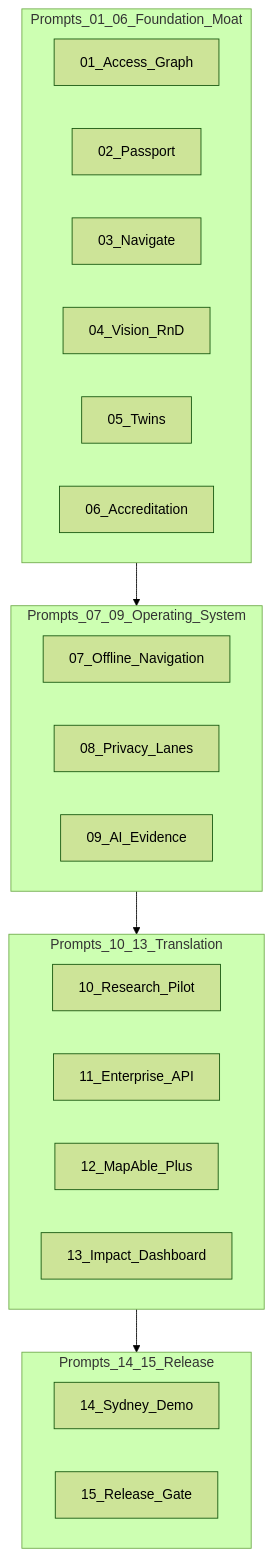
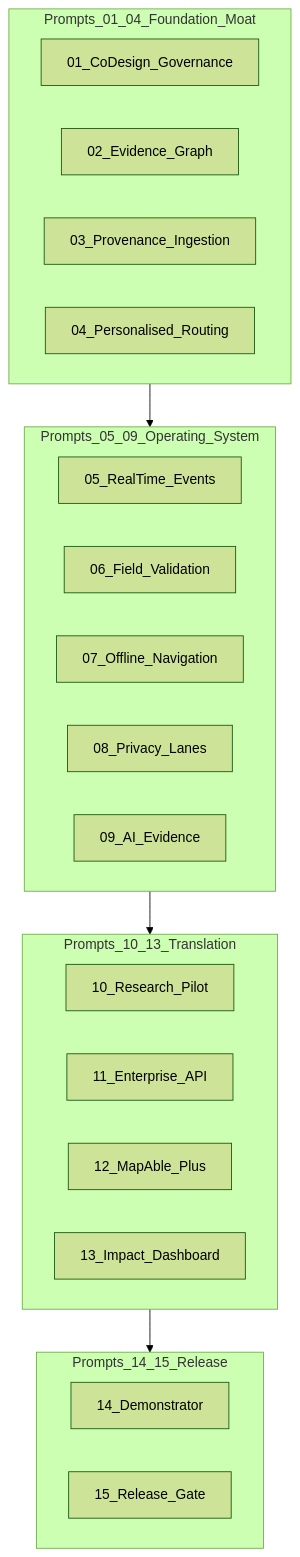
Before and after one commit to ausdisau/mapableau-new: the diagram in docs/superpowers/plans/00-orchestrator.md, drawn with Mermaid (forest theme). The commit also changed other lines of this file and 25 other files, not shown here.

Commit message:
docs: establish MapAble innovation architecture baseline

````diff
--- a/docs/superpowers/plans/00-orchestrator.md
+++ b/docs/superpowers/plans/00-orchestrator.md
@@ -62,29 +72,29 @@
 ```mermaid
 flowchart TD
-  subgraph foundation [Prompts_01_06_Foundation_Moat]
-    P01[01_Access_Graph]
-    P02[02_Passport]
-    P03[03_Navigate]
-    P04[04_Vision_RnD]
-    P05[05_Twins]
-    P06[06_Accreditation]
+  subgraph moat [Prompts_01_04_Foundation_Moat]
+    P01[01_CoDesign_Governance]
+    P02[02_Evidence_Graph]
+    P03[03_Provenance_Ingestion]
+    P04[04_Personalised_Routing]
   end
-  subgraph operating [Prompts_07_09_Operating_System]
+  subgraph operating [Prompts_05_09_Operating_System]
+    P05[05_RealTime_Events]
+    P06[06_Field_Validation]
     P07[07_Offline_Navigation]
     P08[08_Privacy_Lanes]
     P09[09_AI_Evidence]
   end
   subgraph translation [Prompts_10_13_Translation]
     P10[10_Research_Pilot]
     P11[11_Enterprise_API]
     P12[12_MapAble_Plus]
     P13[13_Impact_Dashboard]
   end
   subgraph release [Prompts_14_15_Release]
-    P14[14_Sydney_Demo]
+    P14[14_Demonstrator]
     P15[15_Release_Gate]
   end
-  foundation --> operating
+  moat --> operating
   operating --> translation
   translation --> release
 ```
````
